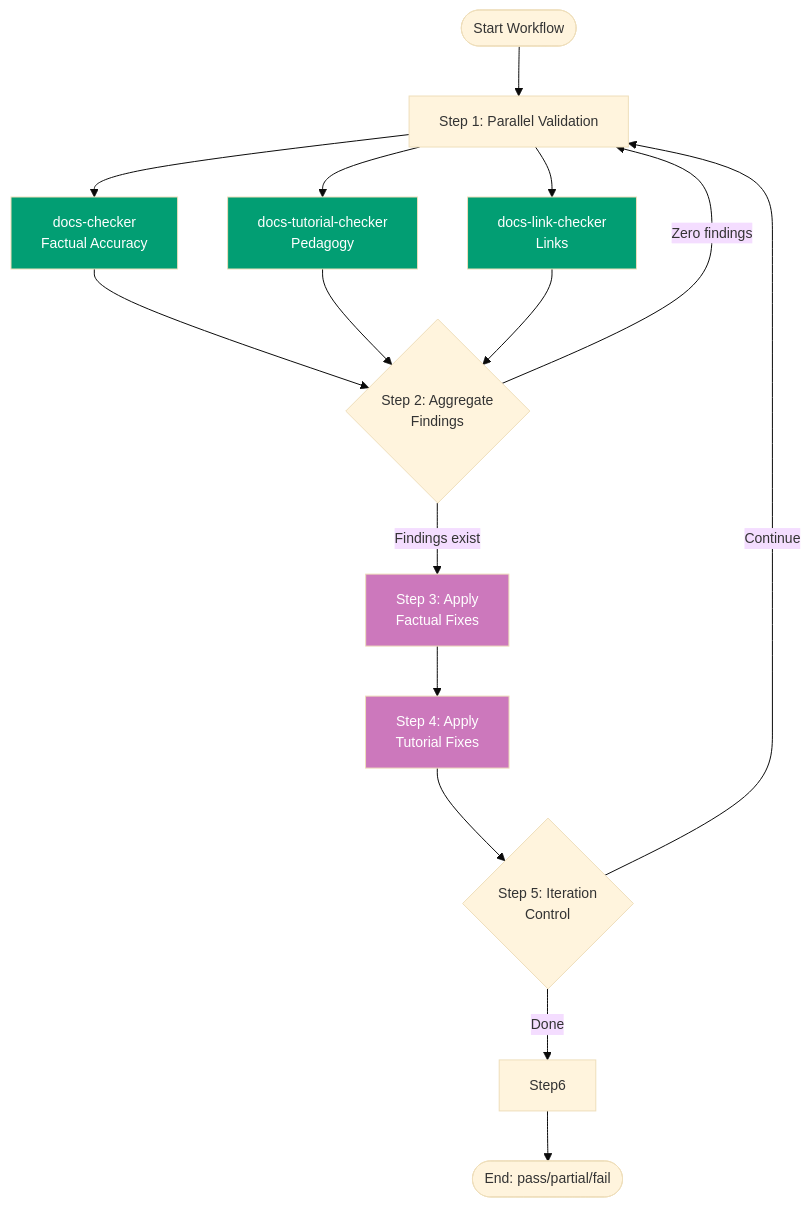
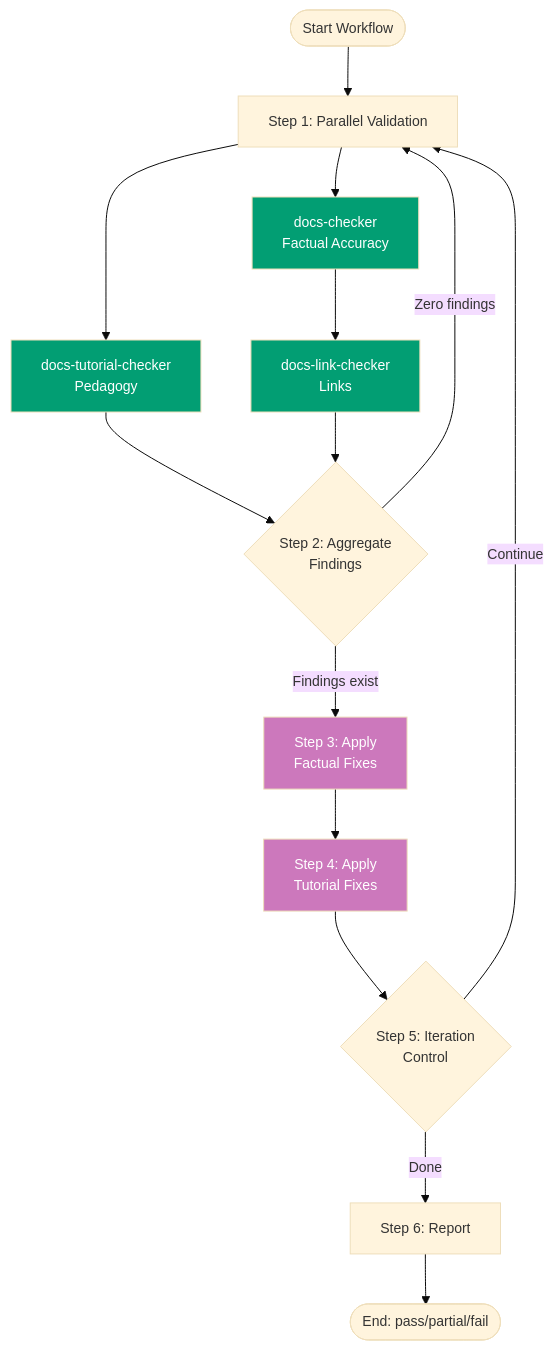
The diagram in governance/workflows/docs/docs-quality-gate.md (wahidyankf/open-sharia-enterprise), drawn with Mermaid before and after one commit. The commit also changed 15 other files, not shown here.

First line of the commit message:
fix(governance): fix pre-existing mermaid diagram violations in governance docs

````diff
--- a/governance/workflows/docs/docs-quality-gate.md
+++ b/governance/workflows/docs/docs-quality-gate.md
@@ -108,30 +108,29 @@
 ```mermaid
 %%{init: {'theme':'base', 'themeVariables': { 'fontSize':'14px'}}}%%
 graph TB
     Start([Start Workflow]) --> Step1[Step 1: Parallel Validation]
 
     Step1 --> Check1[docs-checker<br/>Factual Accuracy]
     Step1 --> Check2[docs-tutorial-checker<br/>Pedagogy]
-    Step1 --> Check3[docs-link-checker<br/>Links]
+    Check1 --> Check3[docs-link-checker<br/>Links]
 
-    Check1 --> Step2{Step 2: Aggregate<br/>Findings}
-    Check2 --> Step2
+    Check2 --> Step2{Step 2: Aggregate<br/>Findings}
     Check3 --> Step2
 
     Step2 -->|Zero findings| Step1
     Step2 -->|Findings exist| Step3[Step 3: Apply<br/>Factual Fixes]
 
     Step3 --> Step4[Step 4: Apply<br/>Tutorial Fixes]
     Step4 --> Step5{Step 5: Iteration<br/>Control}
 
     Step5 -->|Continue| Step1
-    Step5 -->|Done| Step6
+    Step5 -->|Done| Step6[Step 6: Report]
 
     Step6 --> End([End: pass/partial/fail])
 
     style Check1 fill:#029E73,color:#fff
     style Check2 fill:#029E73,color:#fff
     style Check3 fill:#029E73,color:#fff
     style Step3 fill:#CC78BC,color:#fff
     style Step4 fill:#CC78BC,color:#fff
 ```
````
